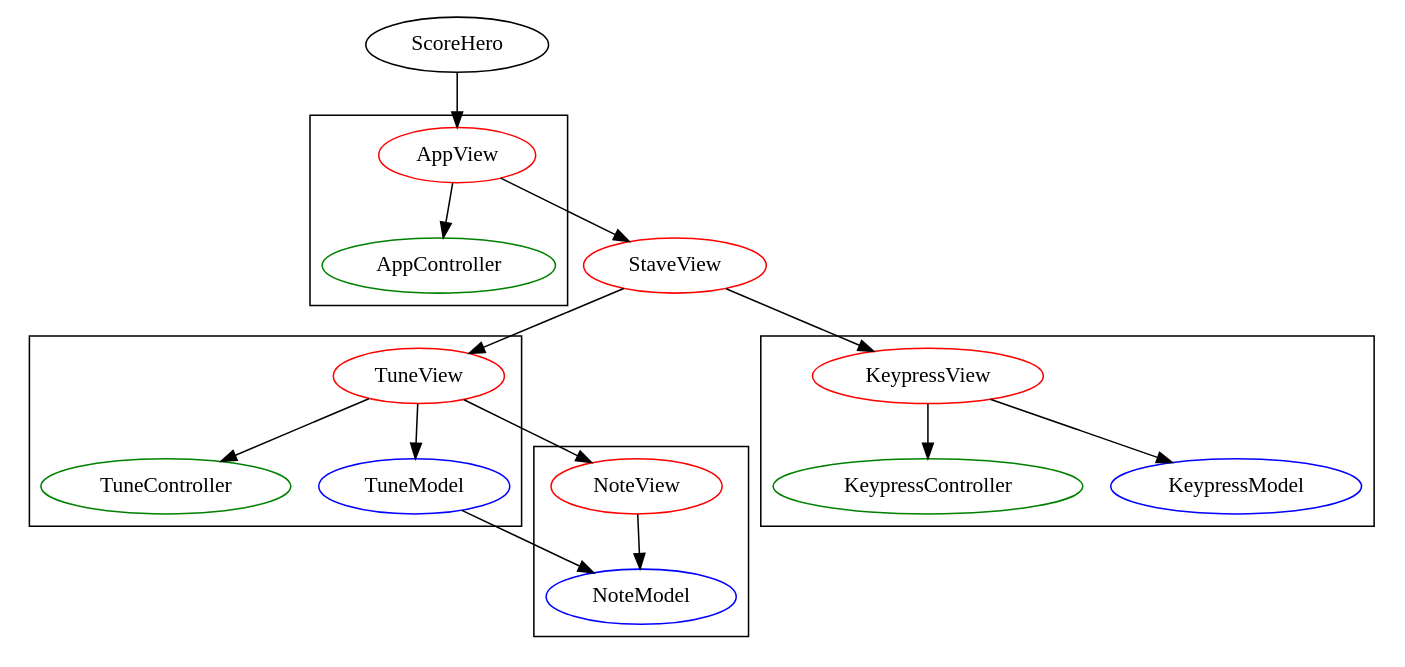
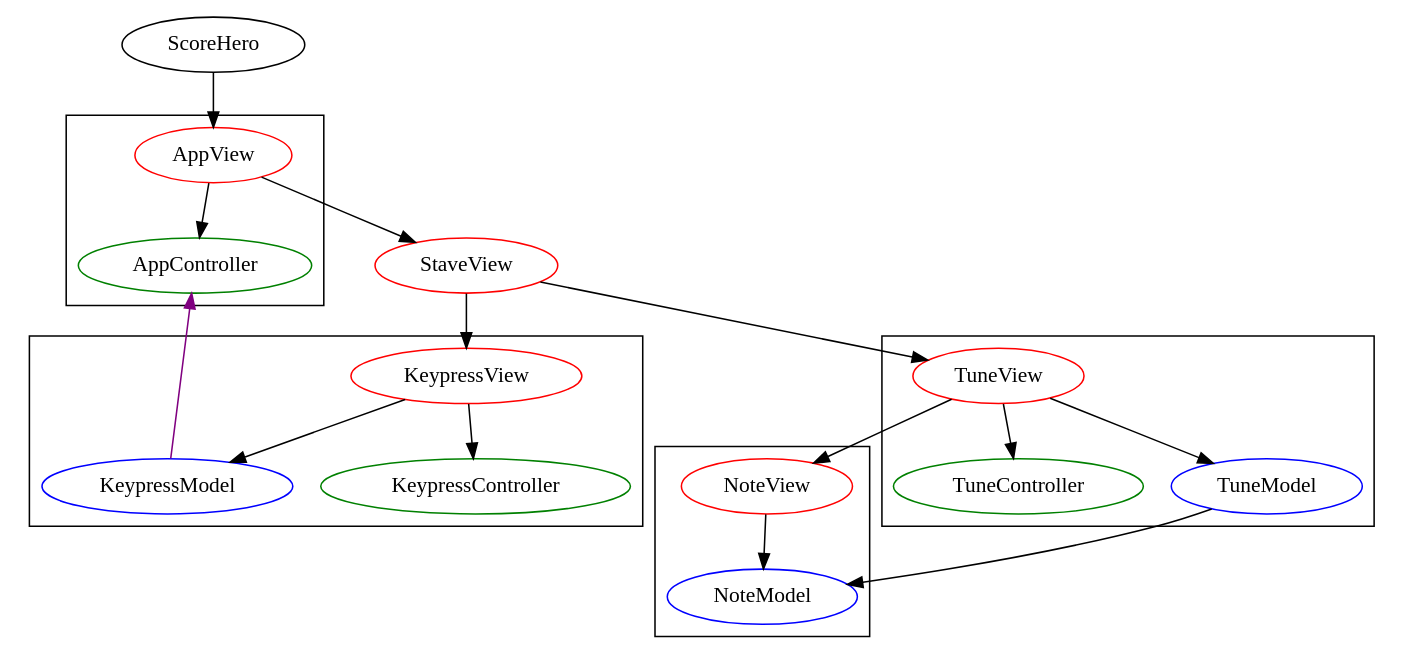
Before and after one commit to fuzzkat/Score-Hero: the diagram in doc/classes.dot, drawn with Graphviz. The commit also changed 2 other files, not shown here.

Commit message:
Added keypress listener to class diagram + TODO list

```diff
--- a/doc/classes.dot
+++ b/doc/classes.dot
@@ -1,43 +1,49 @@
 digraph scorehero {
 
 	subgraph views {
 		node [color=red]
 		{ AppView; StaveView; TuneView; KeypressView; NoteView; }
 	}
 
 	subgraph controllers {
 		node [color=green]
 		{ AppController; KeypressController; TuneController; }
 	}
 
 	subgraph models {
 		node [color=blue]
 		{ NoteModel; KeypressModel; TuneModel; }
 	}
 
 	subgraph clusterAppTriad {	
 		{ AppView -> AppController }
 	}
 	
 	subgraph clusterKeypressTriad {	
 		{ KeypressView -> KeypressModel; KeypressView -> KeypressController }
 	}
 	
 	subgraph clusterTuneTriad {	
 		{ TuneView -> TuneModel; TuneView -> TuneController }
 	}
 
 	subgraph clusterNodeDuad {
 		{ NoteView -> NoteModel; }
 	}
 
 	{ rank=source; ScoreHero; }
 
 	ScoreHero -> AppView;
 	AppView -> StaveView;
 	StaveView -> TuneView;
 	StaveView -> KeypressView;
 	TuneModel -> NoteModel;
 	TuneView -> NoteView;
 
+// events
+	subgraph events {
+		edge [color=purple]
+		{KeypressModel -> AppController; }
+	}
+
 }
```
